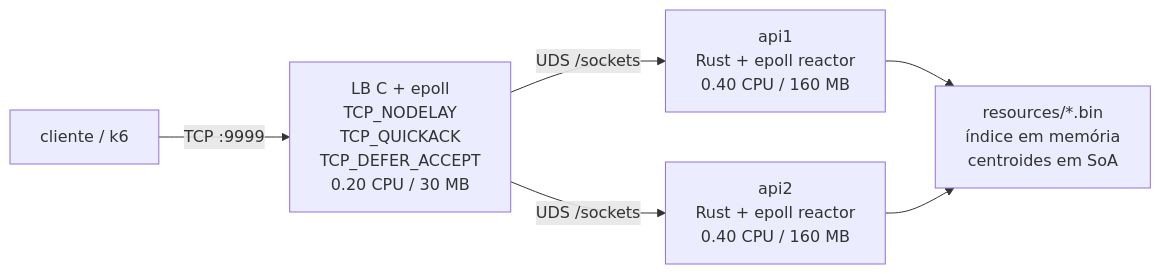
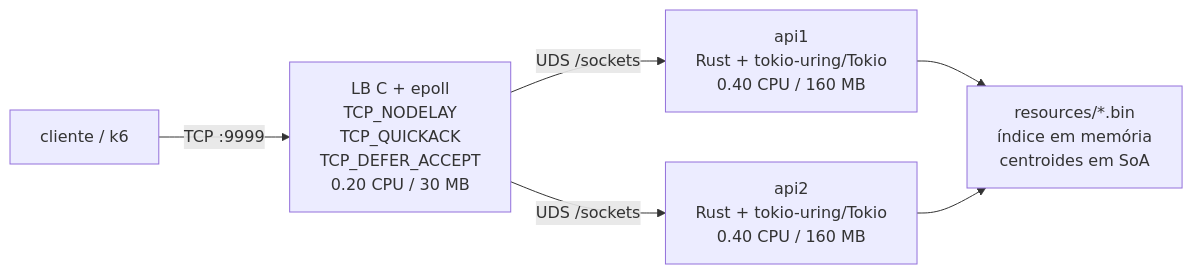
One commit to cleissonbarbosa/rinha-backend-2026-rust changed the first of 3 diagrams in docs/tecnica.md. Above: the diagram before and after it, drawn with Mermaid. The commit also changed other lines of this file and 10 other files, not shown here.

First line of the commit message:
feat: integrate tokio-uring for improved async I/O performance

````diff
--- a/docs/tecnica.md
+++ b/docs/tecnica.md
@@ -7,8 +7,8 @@
 ```mermaid
 flowchart LR
   client["cliente / k6"] -- TCP :9999 --> lb["LB C + epoll<br/>TCP_NODELAY<br/>TCP_QUICKACK<br/>TCP_DEFER_ACCEPT<br/>0.20 CPU / 30 MB"]
-  lb -- UDS /sockets --> api1["api1<br/>Rust + epoll reactor<br/>0.40 CPU / 160 MB"]
-  lb -- UDS /sockets --> api2["api2<br/>Rust + epoll reactor<br/>0.40 CPU / 160 MB"]
+  lb -- UDS /sockets --> api1["api1<br/>Rust + tokio-uring/Tokio<br/>0.40 CPU / 160 MB"]
+  lb -- UDS /sockets --> api2["api2<br/>Rust + tokio-uring/Tokio<br/>0.40 CPU / 160 MB"]
   api1 --> data["resources/*.bin<br/>índice em memória<br/>centroides em SoA"]
   api2 --> data
 ```
````
